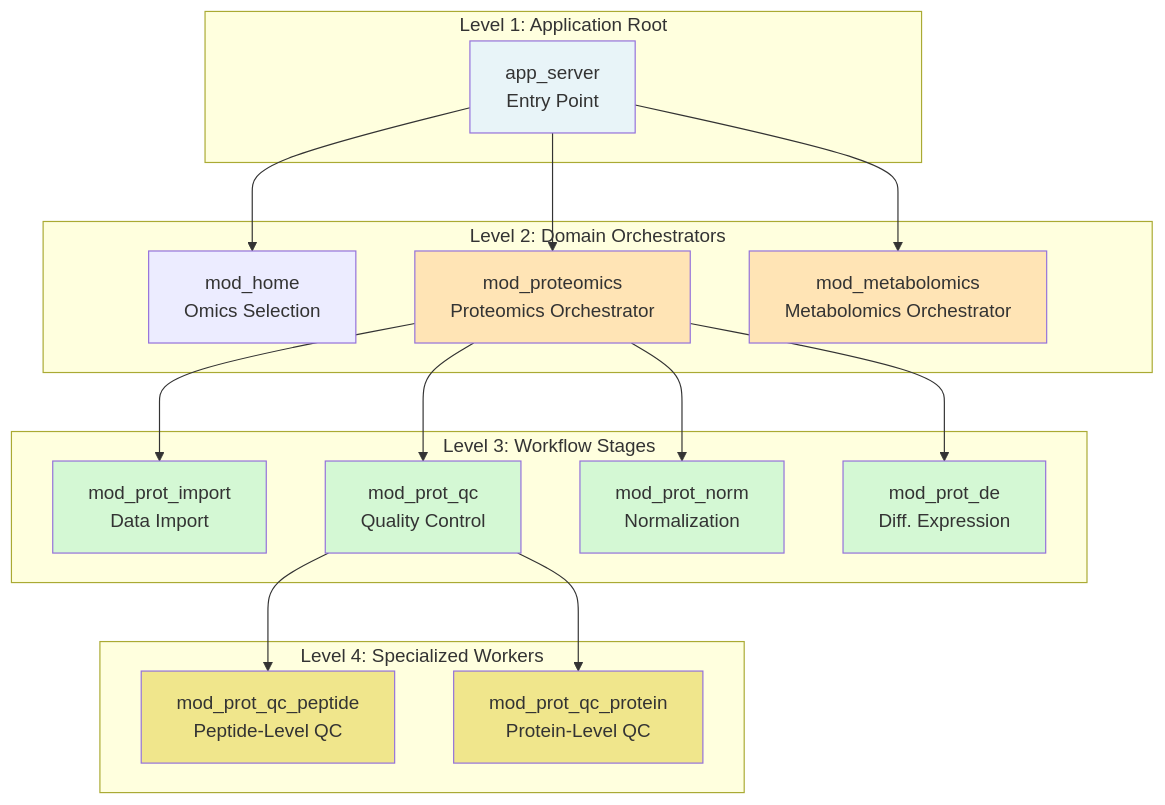
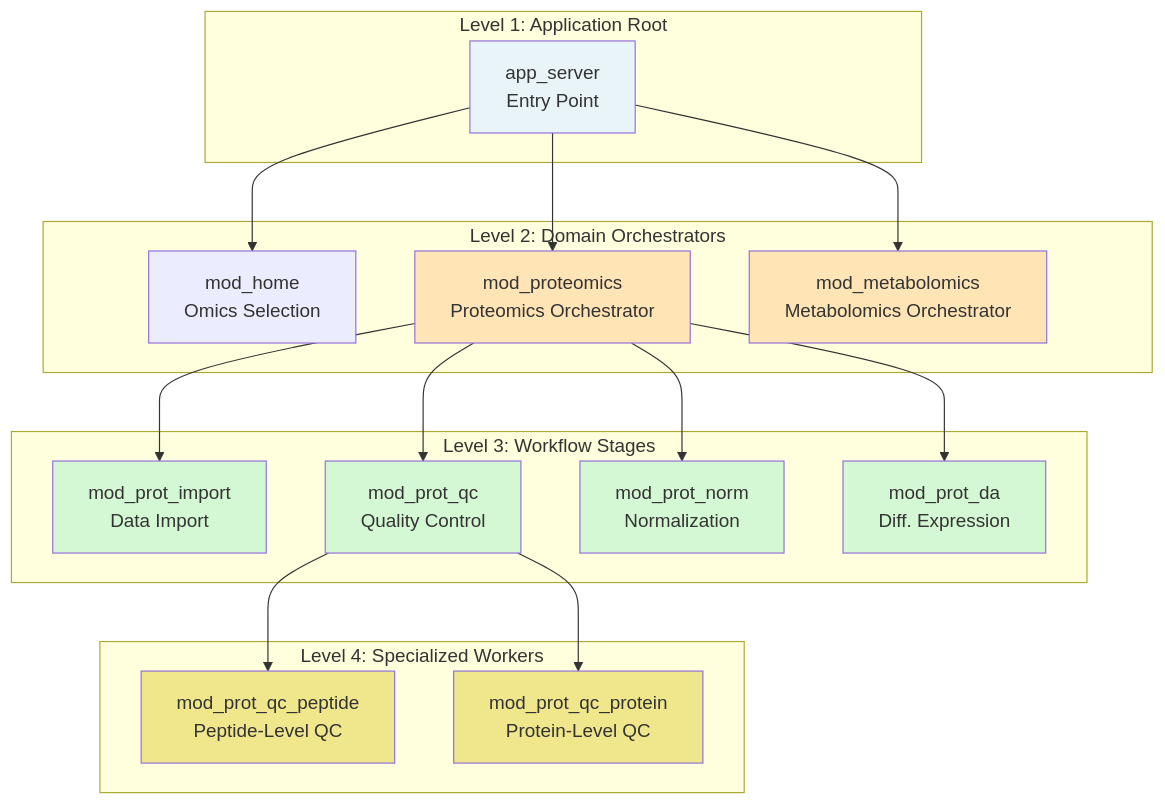
Before and after one commit to APAF-bioinformatics/MultiScholaR: the third of 15 diagrams in docs/dummies_guide_to_multischolar.md, drawn with Mermaid. The commit also changed other lines of this file and 115 other files, not shown here.

````diff
--- a/docs/dummies_guide_to_multischolar.md
+++ b/docs/dummies_guide_to_multischolar.md
@@ -1896,46 +1896,46 @@
 ```mermaid
 flowchart TD
     subgraph "Level 1: Application Root"
         APP[app_server<br/>Entry Point]
     end
     
     subgraph "Level 2: Domain Orchestrators"
         HOME[mod_home<br/>Omics Selection]
         PROT[mod_proteomics<br/>Proteomics Orchestrator]
         METAB[mod_metabolomics<br/>Metabolomics Orchestrator]
     end
     
     subgraph "Level 3: Workflow Stages"
         IMPORT[mod_prot_import<br/>Data Import]
         QC[mod_prot_qc<br/>Quality Control]
         NORM[mod_prot_norm<br/>Normalization]
-        DE[mod_prot_de<br/>Diff. Expression]
+        DE[mod_prot_da<br/>Diff. Expression]
     end
     
     subgraph "Level 4: Specialized Workers"
         QC_PEP[mod_prot_qc_peptide<br/>Peptide-Level QC]
         QC_PROT[mod_prot_qc_protein<br/>Protein-Level QC]
     end
     
     APP --> HOME
     APP --> PROT
     APP --> METAB
     
     PROT --> IMPORT
     PROT --> QC
     PROT --> NORM
     PROT --> DE
     
     QC --> QC_PEP
     QC --> QC_PROT
     
     style APP fill:#E8F4F8
     style PROT fill:#FFE4B5
     style METAB fill:#FFE4B5
     style IMPORT fill:#D4F8D4
     style QC fill:#D4F8D4
     style NORM fill:#D4F8D4
     style DE fill:#D4F8D4
     style QC_PEP fill:#F0E68C
     style QC_PROT fill:#F0E68C
 ```
````
